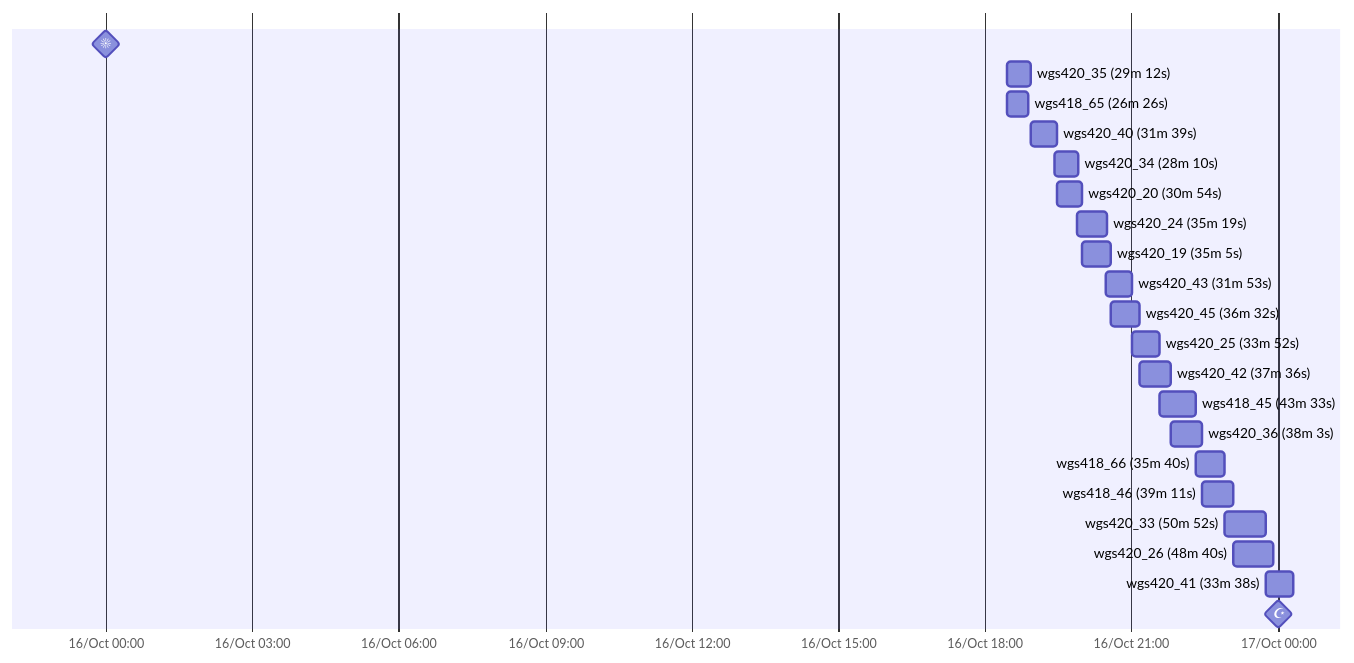
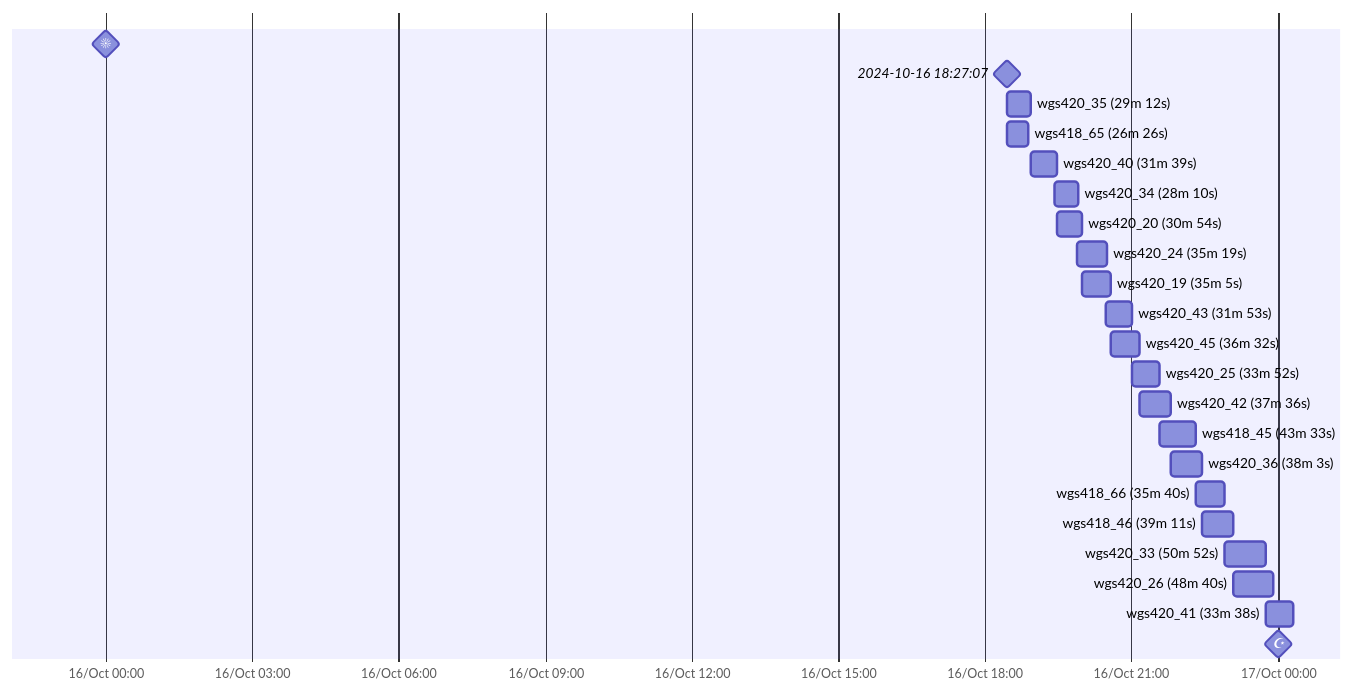
One commit to xuyangy/website changed diagram 13 of 18 in projects/wgs_upscale/wgs_upscaling_bioinf_pipeline.qmd. Above: the diagram before and after it, drawn with Mermaid. The commit also changed other lines of this file, not shown here.

````diff
--- a/projects/wgs_upscale/wgs_upscaling_bioinf_pipeline.qmd
+++ b/projects/wgs_upscale/wgs_upscaling_bioinf_pipeline.qmd
@@ -648,33 +857,34 @@
 ```{mermaid}
 ---
 config:
   themeCSS: '
     rect#start {fill: #00FF00; stroke: #00FF00;}
     rect#end {fill: #FF0000; stroke: #FF0000;}
     .grid .tick {stroke: grey; opacity: 0.7;}
   '
 ---
 gantt
 dateFormat YYYY-MM-DD HH:mm:ss.SSS
 axisFormat %d/%b %H:%M
 ☀: milestone, start, 2024-10-16 00:00:00.000, 0d
+2024#45;10#45;16 18#58;27#58;07: milestone, 2024-10-16 18:27:07.499, 0d
 wgs420_35 (29m 12s): 2024-10-16 18:27:07.499,2024-10-16 18:56:32.640
 wgs418_65 (26m 26s): 2024-10-16 18:27:35.331,2024-10-16 18:54:05.762
 wgs420_40 (31m 39s): 2024-10-16 18:56:20.058,2024-10-16 19:28:25.124
 wgs420_34 (28m 10s): 2024-10-16 19:25:54.979,2024-10-16 19:54:25.016
 wgs420_20 (30m 54s): 2024-10-16 19:28:11.705,2024-10-16 19:59:16.749
 wgs420_24 (35m 19s): 2024-10-16 19:54:00.734,2024-10-16 20:29:40.951
 wgs420_19 (35m 5s): 2024-10-16 19:58:58.731,2024-10-16 20:34:18.775
 wgs420_43 (31m 53s): 2024-10-16 20:29:28.706,2024-10-16 21:01:23.901
 wgs420_45 (36m 32s): 2024-10-16 20:34:19.136,2024-10-16 21:10:54.275
 wgs420_25 (33m 52s): 2024-10-16 21:01:33.353,2024-10-16 21:35:23.404
 wgs420_42 (37m 36s): 2024-10-16 21:10:39.276,2024-10-16 21:48:09.337
 wgs418_45 (43m 33s): 2024-10-16 21:35:30.602,2024-10-16 22:18:55.666
 wgs420_36 (38m 3s): 2024-10-16 21:48:20.861,2024-10-16 22:26:25.926
 wgs418_66 (35m 40s): 2024-10-16 22:19:01.991,2024-10-16 22:54:42.066
 wgs418_46 (39m 11s): 2024-10-16 22:26:27.475,2024-10-16 23:05:27.538
 wgs420_33 (50m 52s): 2024-10-16 22:54:47.854,2024-10-16 23:45:27.921
 wgs420_26 (48m 40s): 2024-10-16 23:05:29.337,2024-10-16 23:54:14.474
 wgs420_41 (33m 38s): 2024-10-16 23:45:51.300,2024-10-17 00:19:11.366
 ☪: milestone, end, 2024-10-16 23:59:59.999, 0d
 ```
````
